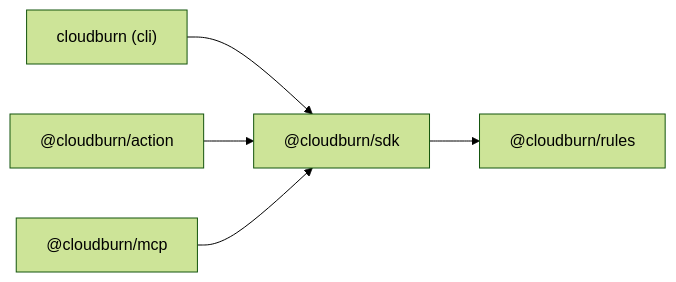
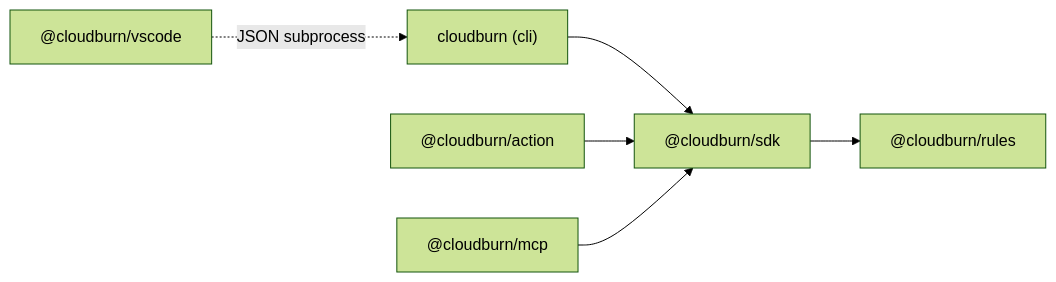
One commit to towardsthecloud/cloudburn changed the first of 3 diagrams in docs/ARCHITECTURE.md. Above: the diagram before and after it, drawn with Mermaid (forest theme). The commit also changed other lines of this file and 37 other files, not shown here.

````diff
--- a/docs/ARCHITECTURE.md
+++ b/docs/ARCHITECTURE.md
@@ -7,7 +7,8 @@
 ```mermaid
 graph LR
   CLI["cloudburn (cli)"] --> SDK["@cloudburn/sdk"]
+  VSCode["@cloudburn/vscode"] -. JSON subprocess .-> CLI
   Action["@cloudburn/action"] --> SDK
   MCP["@cloudburn/mcp"] --> SDK
   SDK --> Rules["@cloudburn/rules"]
 ```
````
